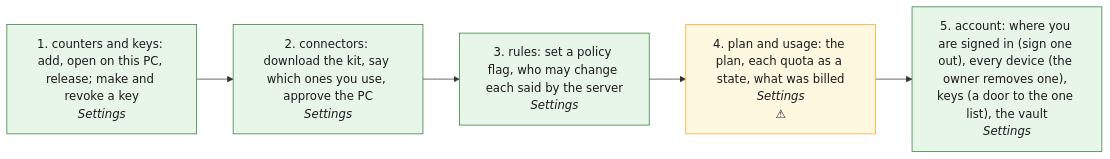
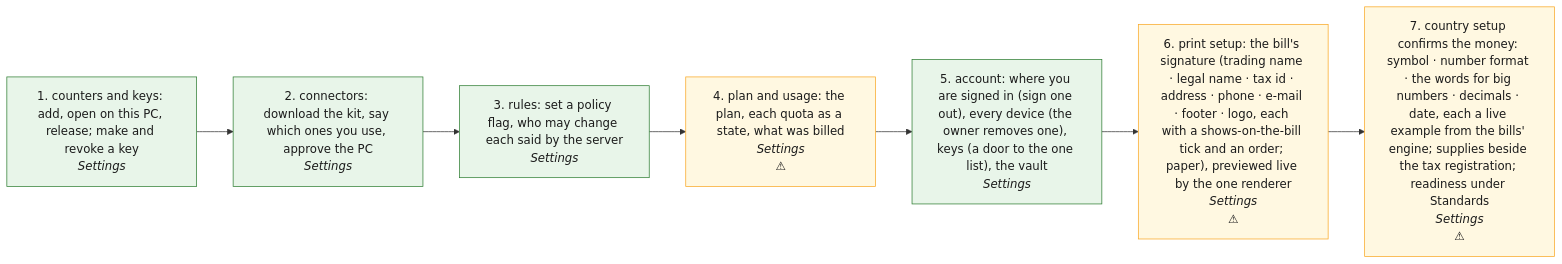
One commit to maharishia07/chitbridge-web changed the diagram in docs/process/SET.md. Above: the diagram before and after it, drawn with Mermaid. The commit also changed other lines of this file and 13 other files, not shown here.

````diff
--- a/docs/process/SET.md
+++ b/docs/process/SET.md
@@ -7,14 +7,16 @@
 ```mermaid
 flowchart LR
   S1["1. counters and keys: add, open on this PC, release; make and revoke a key<br/><i>Settings</i>"]
   S2["2. connectors: download the kit, say which ones you use, approve the PC<br/><i>Settings</i>"]
   S3["3. rules: set a policy flag, who may change each said by the server<br/><i>Settings</i>"]
   S4["4. plan and usage: the plan, each quota as a state, what was billed<br/><i>Settings</i><br/>⚠"]
   S5["5. account: where you are signed in (sign one out), every device (the owner removes one), keys (a door to the one list), the vault<br/><i>Settings</i>"]
-  S1 --> S2 --> S3 --> S4 --> S5
+  S6["6. print setup: the bill's signature (trading name · legal name · tax id · address · phone · e-mail · footer · logo, each with a shows-on-the-bill tick and an order; paper), previewed live by the one renderer<br/><i>Settings</i><br/>⚠"]
+  S7["7. country setup confirms the money: symbol · number format · the words for big numbers · decimals · date, each a live example from the bills' engine; supplies beside the tax registration; readiness under Standards<br/><i>Settings</i><br/>⚠"]
+  S1 --> S2 --> S3 --> S4 --> S5 --> S6 --> S7
   classDef ok fill:#e8f5e9,stroke:#2e7d32,color:#1b1b1b
   classDef warn fill:#fff8e1,stroke:#f9a825,color:#1b1b1b
   classDef missing fill:#fafafa,stroke:#9e9e9e,stroke-dasharray:5 5,color:#616161
   class S1,S2,S3,S5 ok
-  class S4 warn
+  class S4,S6,S7 warn
 ```
````
